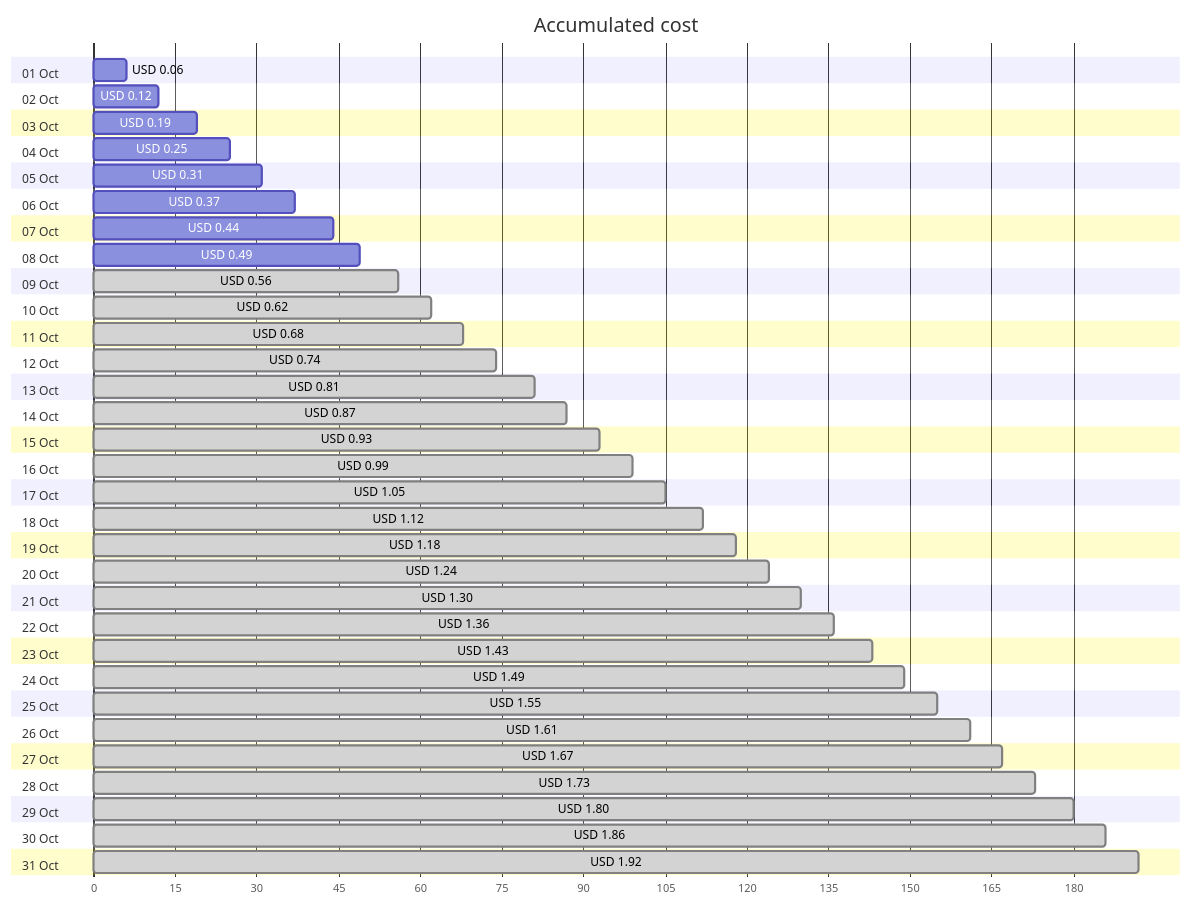
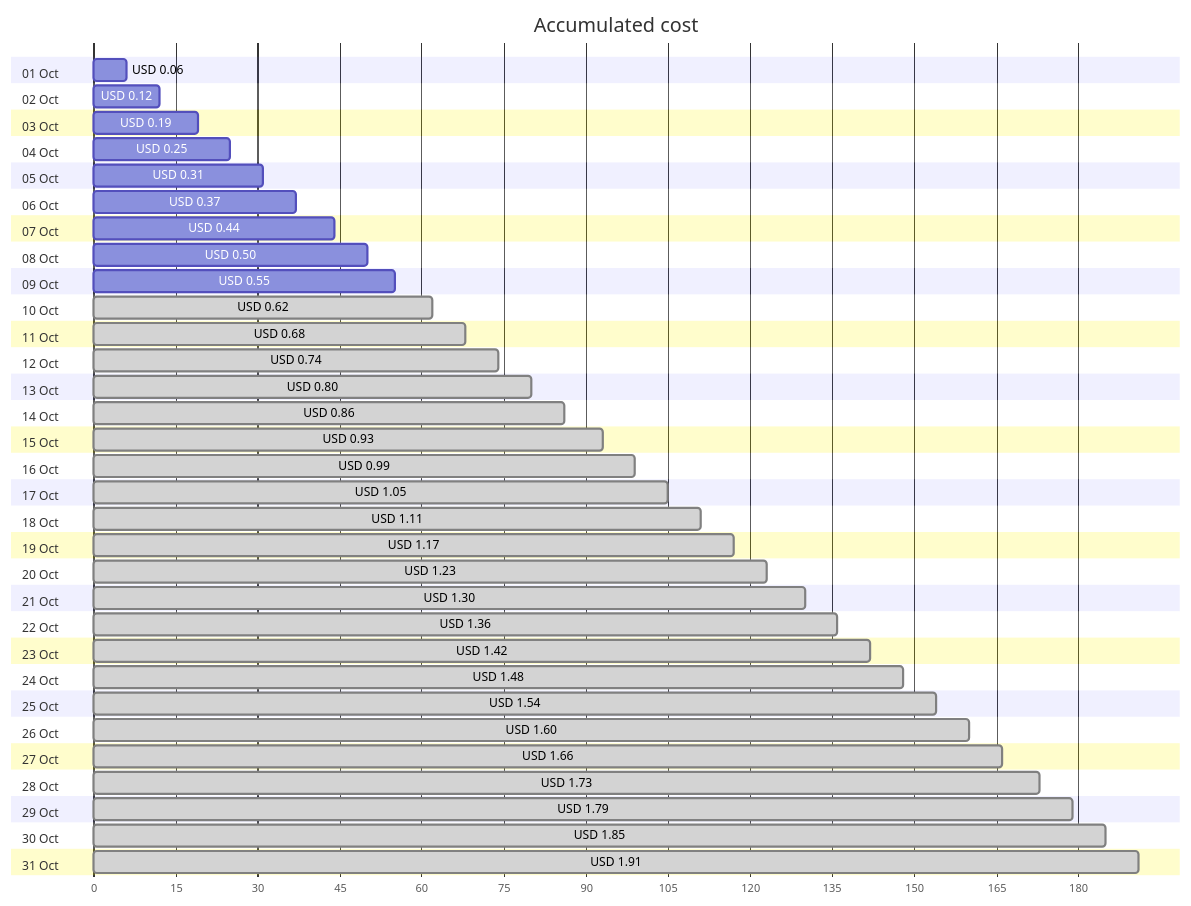
One commit to jpfulton/azure-personal-reports changed the first of 4 diagrams in cost-reports/personal-network/vpn-server_OsDisk.md. Above: the diagram before and after it, drawn with Mermaid. The commit also changed other lines of this file and 8 other files, not shown here.

````diff
--- a/cost-reports/personal-network/vpn-server_OsDisk.md
+++ b/cost-reports/personal-network/vpn-server_OsDisk.md
@@ -20,68 +20,68 @@
 ```mermaid
 gantt
    title Accumulated cost
    dateFormat  X
    axisFormat %s
    section 01 Oct
    USD 0.06 :0, 6
    section 02 Oct
    USD 0.12 :0, 12
    section 03 Oct
    USD 0.19 :0, 19
    section 04 Oct
    USD 0.25 :0, 25
    section 05 Oct
    USD 0.31 :0, 31
    section 06 Oct
    USD 0.37 :0, 37
    section 07 Oct
    USD 0.44 :0, 44
    section 08 Oct
-   USD 0.49 :0, 49
+   USD 0.50 :0, 50
    section 09 Oct
-   USD 0.56 : done, 0, 56
+   USD 0.55 :0, 55
    section 10 Oct
    USD 0.62 : done, 0, 62
    section 11 Oct
    USD 0.68 : done, 0, 68
    section 12 Oct
    USD 0.74 : done, 0, 74
    section 13 Oct
-   USD 0.81 : done, 0, 81
+   USD 0.80 : done, 0, 80
    section 14 Oct
-   USD 0.87 : done, 0, 87
+   USD 0.86 : done, 0, 86
    section 15 Oct
    USD 0.93 : done, 0, 93
    section 16 Oct
    USD 0.99 : done, 0, 99
    section 17 Oct
    USD 1.05 : done, 0, 105
    section 18 Oct
-   USD 1.12 : done, 0, 112
+   USD 1.11 : done, 0, 111
    section 19 Oct
-   USD 1.18 : done, 0, 118
+   USD 1.17 : done, 0, 117
    section 20 Oct
-   USD 1.24 : done, 0, 124
+   USD 1.23 : done, 0, 123
    section 21 Oct
    USD 1.30 : done, 0, 130
    section 22 Oct
    USD 1.36 : done, 0, 136
    section 23 Oct
-   USD 1.43 : done, 0, 143
+   USD 1.42 : done, 0, 142
    section 24 Oct
-   USD 1.49 : done, 0, 149
+   USD 1.48 : done, 0, 148
    section 25 Oct
-   USD 1.55 : done, 0, 155
+   USD 1.54 : done, 0, 154
    section 26 Oct
-   USD 1.61 : done, 0, 161
+   USD 1.60 : done, 0, 160
    section 27 Oct
-   USD 1.67 : done, 0, 167
+   USD 1.66 : done, 0, 166
    section 28 Oct
    USD 1.73 : done, 0, 173
    section 29 Oct
-   USD 1.80 : done, 0, 180
+   USD 1.79 : done, 0, 179
    section 30 Oct
-   USD 1.86 : done, 0, 186
+   USD 1.85 : done, 0, 185
    section 31 Oct
-   USD 1.92 : done, 0, 192
+   USD 1.91 : done, 0, 191
 ```
````
